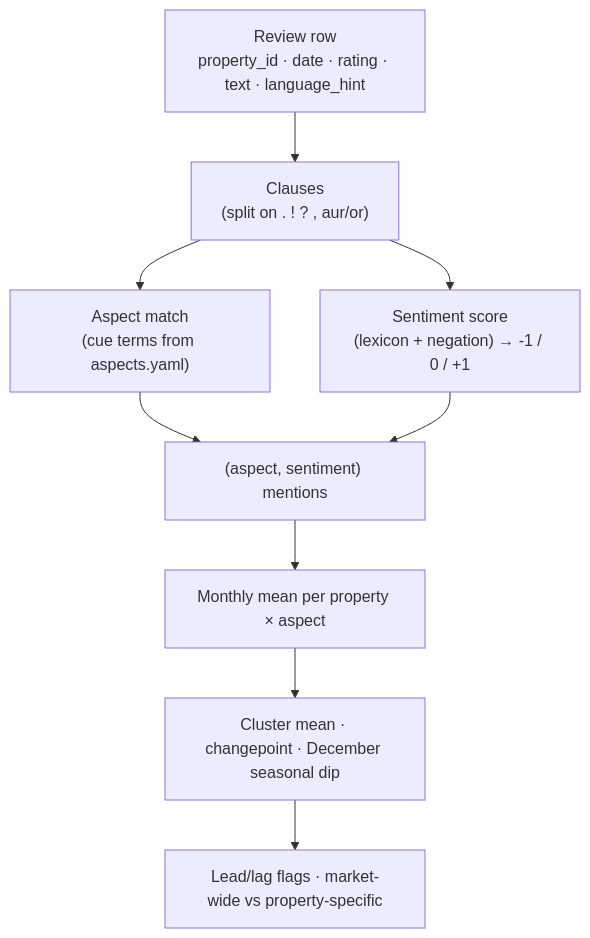
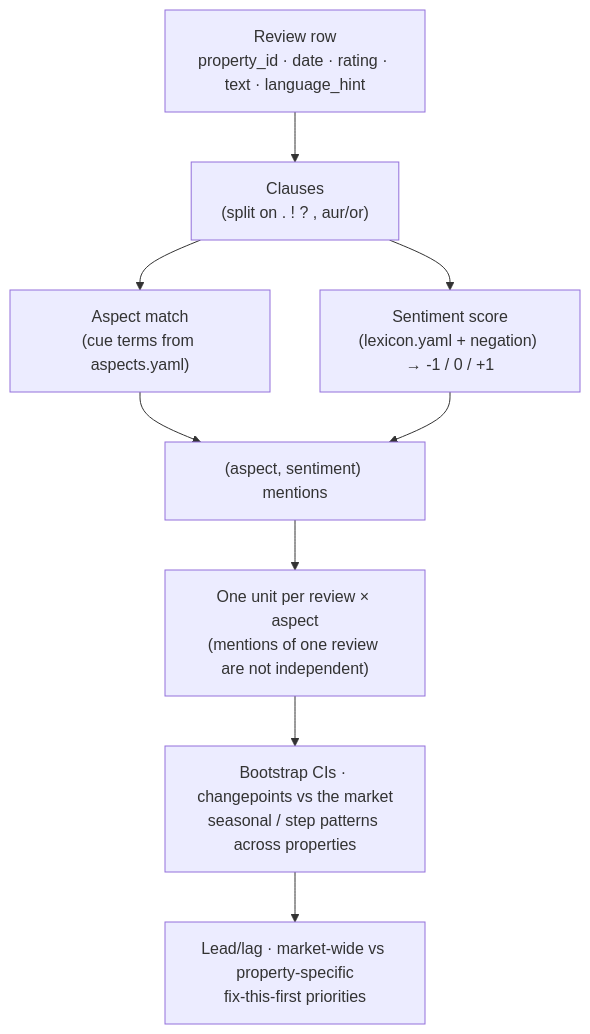
The second of 3 diagrams in README.md (AnubhavKiroula/cluster-review-intelligence), drawn with Mermaid before and after one commit. The commit also changed other lines of this file and 5 other files, not shown here.

````diff
--- a/README.md
+++ b/README.md
@@ -81,11 +87,11 @@
 ```mermaid
 flowchart TD
     A["Review row<br/>property_id · date · rating · text · language_hint"] --> B["Clauses<br/>(split on . ! ? , aur/or)"]
     B --> C["Aspect match<br/>(cue terms from aspects.yaml)"]
-    B --> D["Sentiment score<br/>(lexicon + negation) → -1 / 0 / +1"]
+    B --> D["Sentiment score<br/>(lexicon.yaml + negation) → -1 / 0 / +1"]
     C --> E["(aspect, sentiment) mentions"]
     D --> E
-    E --> F["Monthly mean per property × aspect"]
-    F --> G["Cluster mean · changepoint · December seasonal dip"]
-    G --> H["Lead/lag flags · market-wide vs property-specific"]
+    E --> F["One unit per review × aspect<br/>(mentions of one review are not independent)"]
+    F --> G["Bootstrap CIs · changepoints vs the market<br/>seasonal / step patterns across properties"]
+    G --> H["Lead/lag · market-wide vs property-specific<br/>fix-this-first priorities"]
 ```
````
